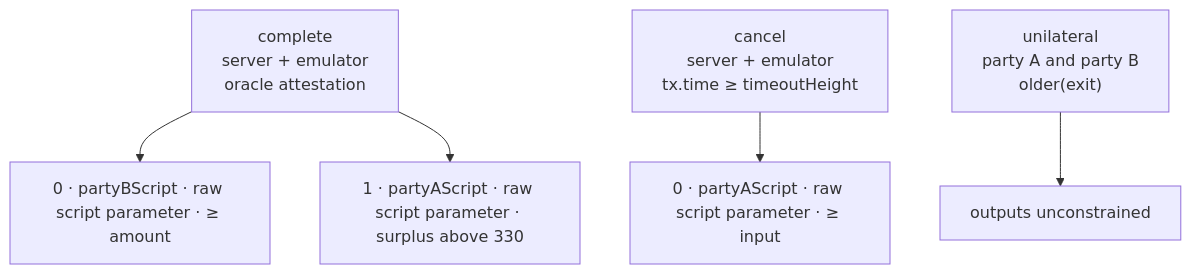
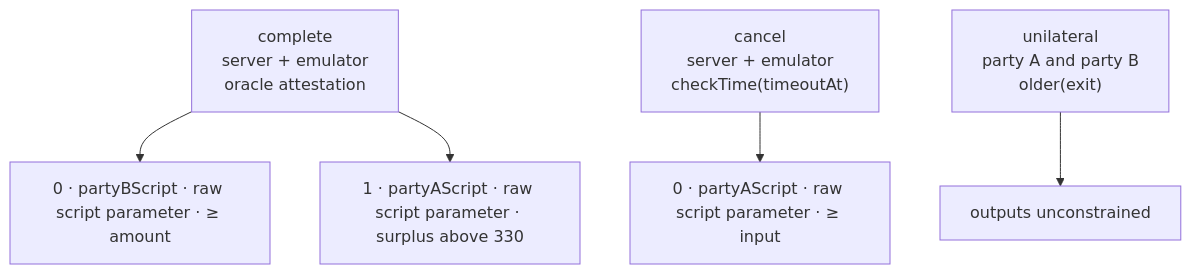
The diagram in examples/escrow/escrow.md (arkade-os/compiler), drawn with Mermaid before and after one commit. The commit also changed other lines of this file and 3 other files, not shown here.

Commit message:
Gate escrow cancel on checkTime and stop sub-dust surplus blocking complete

````diff
--- a/examples/escrow/escrow.md
+++ b/examples/escrow/escrow.md
@@ -5,11 +5,11 @@
 ```mermaid
 flowchart TD
   complete["complete<br/>server + emulator<br/>oracle attestation"]
-  cancel["cancel<br/>server + emulator<br/>tx.time ≥ timeoutHeight"]
+  cancel["cancel<br/>server + emulator<br/>checkTime(timeoutAt)"]
   unilateral["unilateral<br/>party A and party B<br/>older(exit)"]
 
   complete --> b0["0 · partyBScript · raw script parameter · ≥ amount"]
   complete --> a1["1 · partyAScript · raw script parameter · surplus above 330"]
   cancel --> a0["0 · partyAScript · raw script parameter · ≥ input"]
   unilateral --> free["outputs unconstrained"]
 ```
````
